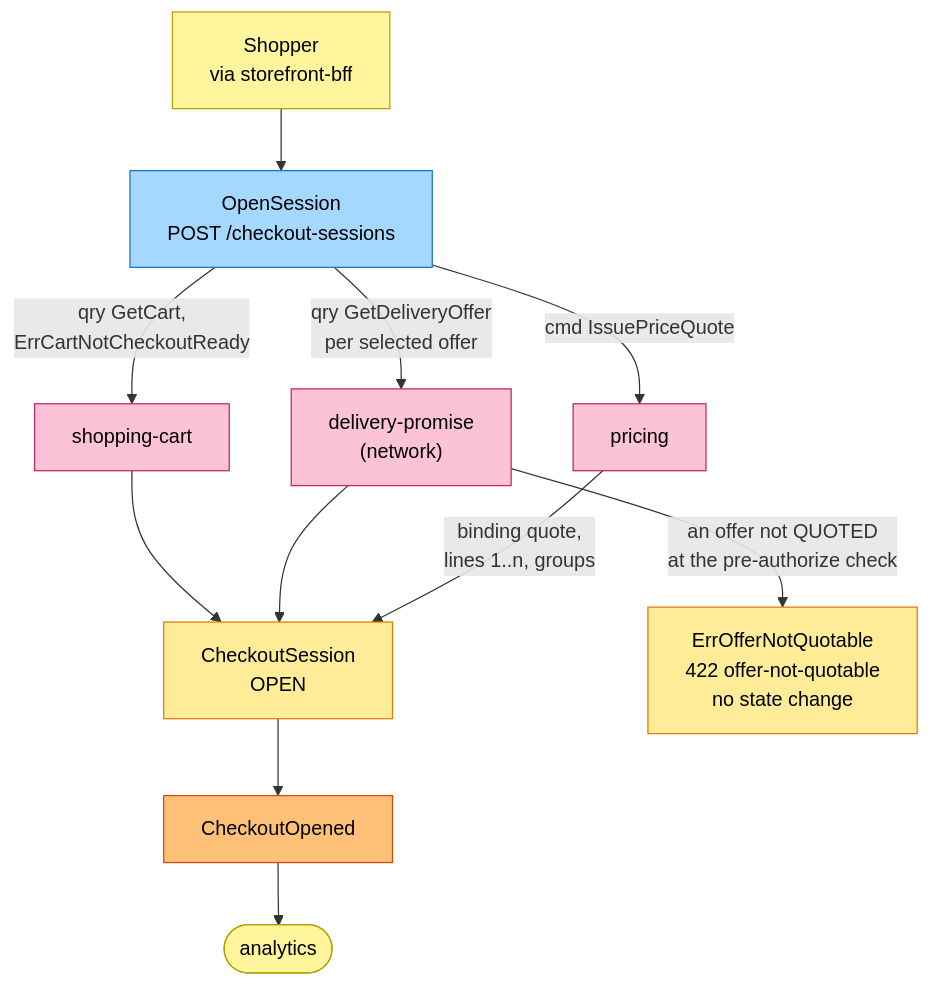
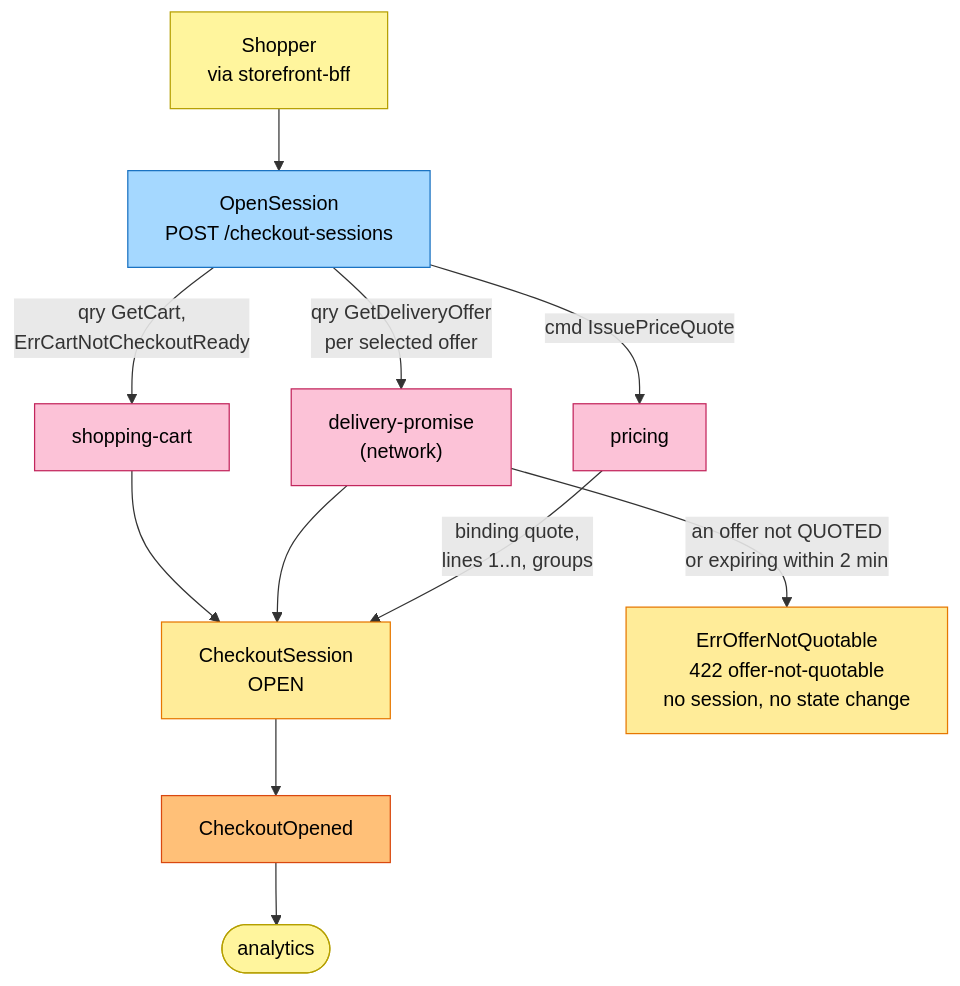
One commit to IQVO/warehouse-docs changed the first of 6 diagrams in storefront/docs/contexts/checkout/eventstorming.md. Above: the diagram before and after it, drawn with Mermaid. The commit also changed other lines of this file and 8 other files, not shown here.

````diff
--- a/storefront/docs/contexts/checkout/eventstorming.md
+++ b/storefront/docs/contexts/checkout/eventstorming.md
@@ -35,29 +35,29 @@
 ```mermaid
 flowchart TB
     S["Shopper<br/>via storefront-bff"]:::actor
     C0["OpenSession<br/>POST /checkout-sessions"]:::command
     SC["shopping-cart"]:::external
     DP["delivery-promise<br/>(network)"]:::external
     PR["pricing"]:::external
     G1["CheckoutSession<br/>OPEN"]:::aggregate
     E1["CheckoutOpened"]:::event
     AN(["analytics"]):::actor
-    ERR["ErrOfferNotQuotable<br/>422 offer-not-quotable<br/>no state change"]:::aggregate
+    ERR["ErrOfferNotQuotable<br/>422 offer-not-quotable<br/>no session, no state change"]:::aggregate
 
     S --> C0
     C0 -->|"qry GetCart,<br/>ErrCartNotCheckoutReady"| SC
     C0 -->|"qry GetDeliveryOffer<br/>per selected offer"| DP
     C0 -->|"cmd IssuePriceQuote"| PR
     SC --> G1
     DP --> G1
     PR -->|"binding quote,<br/>lines 1..n, groups"| G1
     G1 --> E1
     E1 --> AN
-    DP -->|"an offer not QUOTED<br/>at the pre-authorize check"| ERR
+    DP -->|"an offer not QUOTED<br/>or expiring within 2 min"| ERR
 
     classDef actor fill:#fff59d,stroke:#b59f00,color:#000
     classDef command fill:#a5d8ff,stroke:#1971c2,color:#000
     classDef aggregate fill:#ffec99,stroke:#e67700,color:#000
     classDef event fill:#ffc078,stroke:#d9480f,color:#000
     classDef external fill:#fcc2d7,stroke:#c2255c,color:#000
 ```
````
